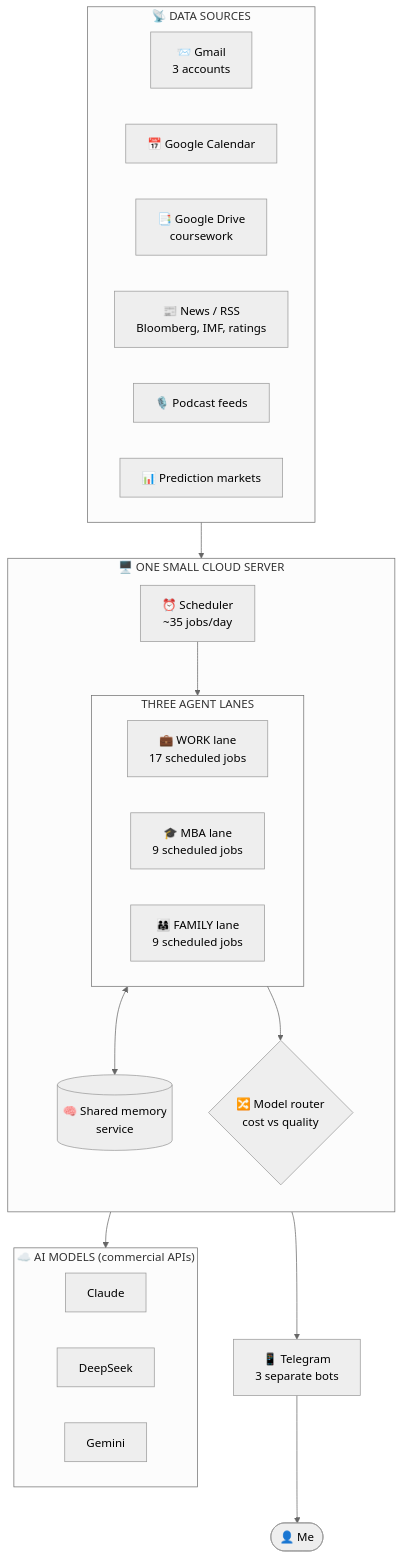
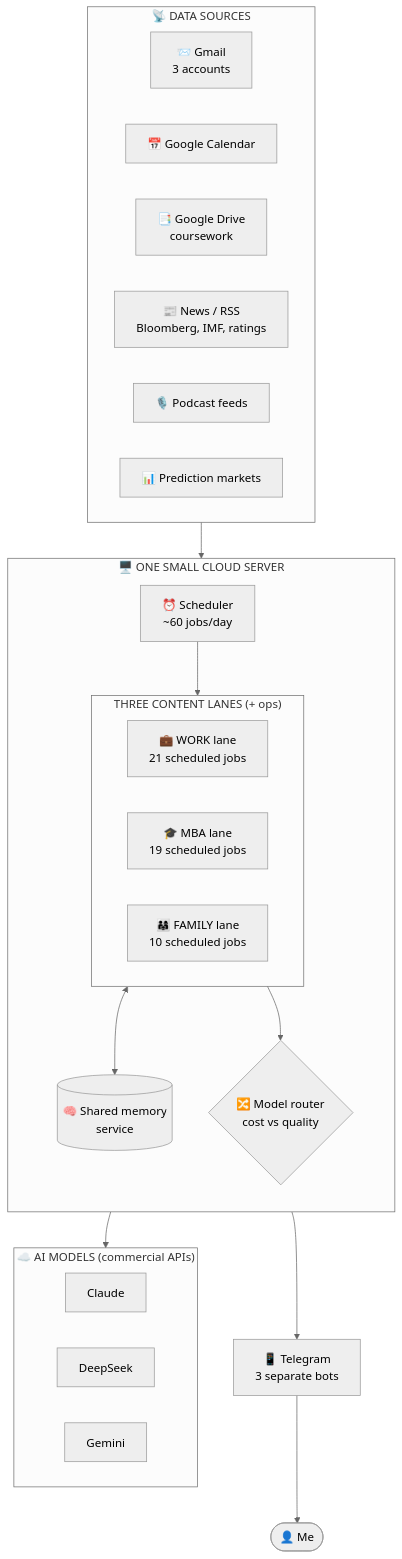
Before and after one commit to nickmuchi87/hermes-agents-showcase: the first of 5 diagrams in docs/02-architecture.md, drawn with Mermaid (neutral theme). The commit also changed other lines of this file and 8 other files, not shown here.

First line of the commit message:
Sync docs with the live fleet: 62 jobs across 4 lanes, rebuilt schedule + fleet map

````diff
--- a/docs/02-architecture.md
+++ b/docs/02-architecture.md
@@ -7,41 +7,41 @@
 ```mermaid
 flowchart TB
     subgraph sources["📡 DATA SOURCES"]
         gmail[📨 Gmail<br/>3 accounts]
         gcal[📅 Google Calendar]
         gdrive[📑 Google Drive<br/>coursework]
         news[📰 News / RSS<br/>Bloomberg, IMF, ratings]
         pods[🎙️ Podcast feeds]
         mkts[📊 Prediction markets]
     end
 
     subgraph server["🖥️ ONE SMALL CLOUD SERVER"]
         direction TB
-        sched[⏰ Scheduler<br/>~35 jobs/day]
+        sched[⏰ Scheduler<br/>~60 jobs/day]
 
-        subgraph lanes["THREE AGENT LANES"]
-            em[💼 WORK lane<br/>17 scheduled jobs]
-            wemba[🎓 MBA lane<br/>9 scheduled jobs]
-            fam[👨‍👩‍👧 FAMILY lane<br/>9 scheduled jobs]
+        subgraph lanes["THREE CONTENT LANES (+ ops)"]
+            em[💼 WORK lane<br/>21 scheduled jobs]
+            wemba[🎓 MBA lane<br/>19 scheduled jobs]
+            fam[👨‍👩‍👧 FAMILY lane<br/>10 scheduled jobs]
         end
 
         mem[(🧠 Shared memory<br/>service)]
         router{🔀 Model router<br/>cost vs quality}
     end
 
     subgraph ai["☁️ AI MODELS (commercial APIs)"]
         claude[Claude]
         deepseek[DeepSeek]
         gemini[Gemini]
     end
 
     tg[📱 Telegram<br/>3 separate bots]
 
     sources --> lanes
     sched --> lanes
     lanes <--> mem
     lanes --> router
     router --> ai
     lanes --> tg
     tg --> me([👤 Me])
 ```
````
